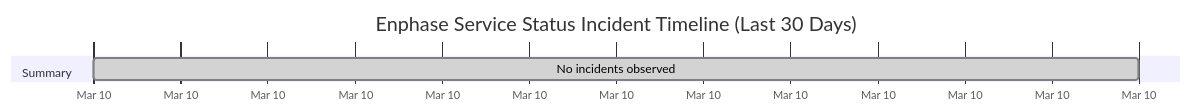
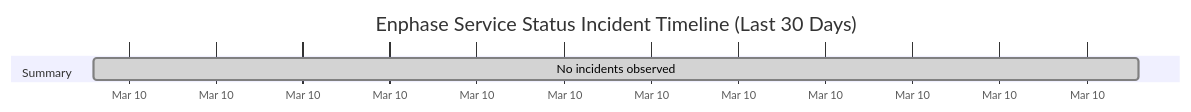
The diagram in wiki/Service-Status-History.md (barneyonline/ha-enphase-ev-charger), drawn with Mermaid before and after one commit. The commit also changed other lines of this file and 3 other files, not shown here.

````diff
--- a/wiki/Service-Status-History.md
+++ b/wiki/Service-Status-History.md
@@ -14,8 +14,8 @@
 ```mermaid
 gantt
     title Enphase Service Status Incident Timeline (Last 30 Days)
     dateFormat  YYYY-MM-DDTHH:mm:ss
     axisFormat  %b %d
     section Summary
-    No incidents observed :done, 2026-03-10T11:25:40, 1m
+    No incidents observed :done, 2026-03-10T12:38:18, 1m
 ```
````
